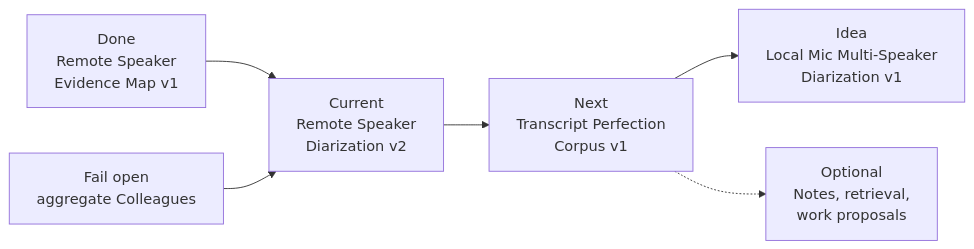
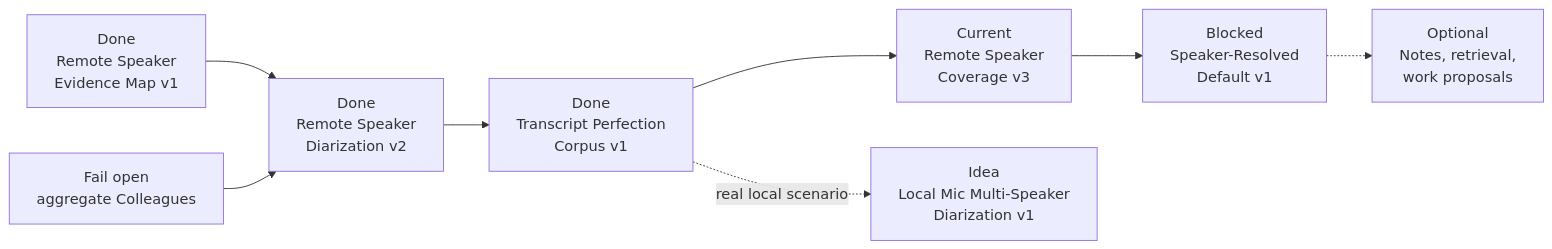
One commit to asukhodko/murmurmark changed the second of 2 diagrams in docs/roadmap/murmurmark-cli-roadmap.md. Above: the diagram before and after it, drawn with Mermaid. The commit also changed other lines of this file and 19 other files, not shown here.

Commit message:
feat: add transcript perfection corpus

````diff
--- a/docs/roadmap/murmurmark-cli-roadmap.md
+++ b/docs/roadmap/murmurmark-cli-roadmap.md
@@ -77,14 +78,16 @@
 ```mermaid
 flowchart LR
     B["Done<br/>Remote Speaker<br/>Evidence Map v1"]
-    D["Current<br/>Remote Speaker<br/>Diarization v2"]
+    D["Done<br/>Remote Speaker<br/>Diarization v2"]
     F["Fail open<br/>aggregate Colleagues"]
-    P["Next<br/>Transcript Perfection<br/>Corpus v1"]
+    P["Done<br/>Transcript Perfection<br/>Corpus v1"]
+    R["Current<br/>Remote Speaker<br/>Coverage v3"]
+    H["Blocked<br/>Speaker-Resolved<br/>Default v1"]
     M["Idea<br/>Local Mic Multi-Speaker<br/>Diarization v1"]
     O["Optional<br/>Notes, retrieval,<br/>work proposals"]
 
-    B --> D
+    B --> D --> P --> R --> H
     F --> D
-    D --> P --> M
-    P -.-> O
+    P -. "real local scenario" .-> M
+    H -.-> O
 ```
````
